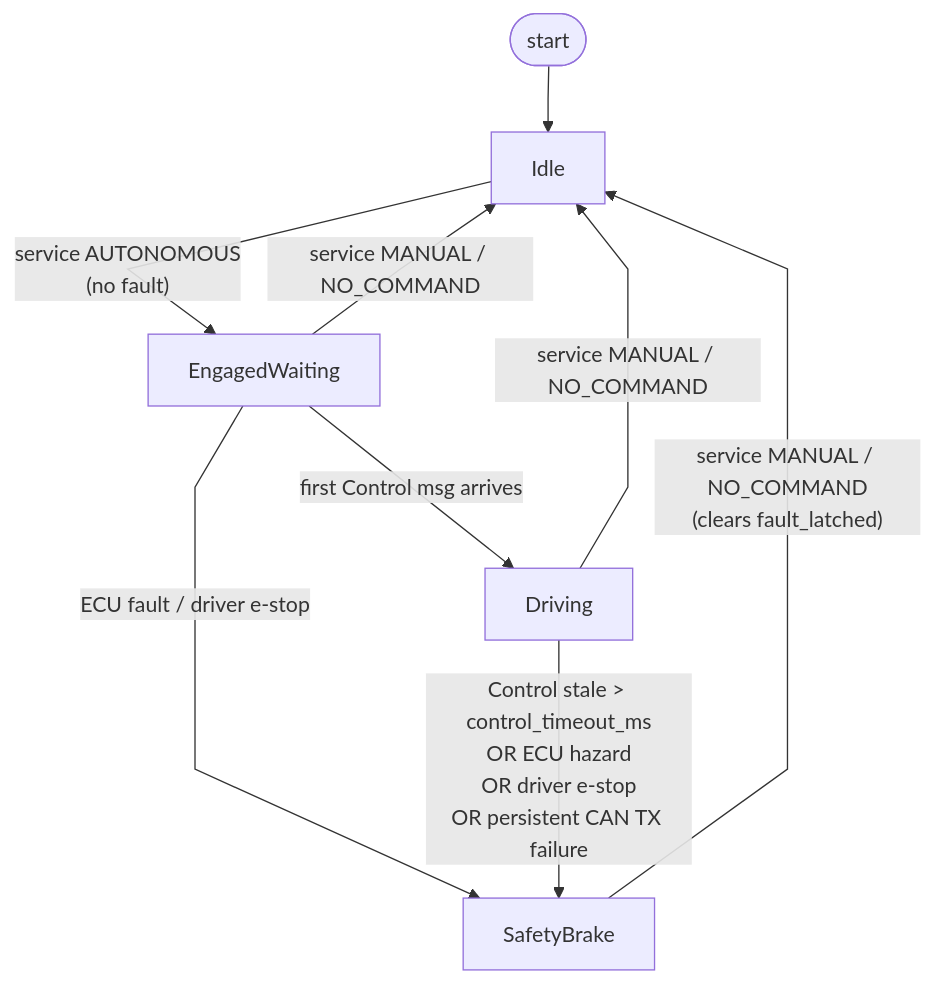
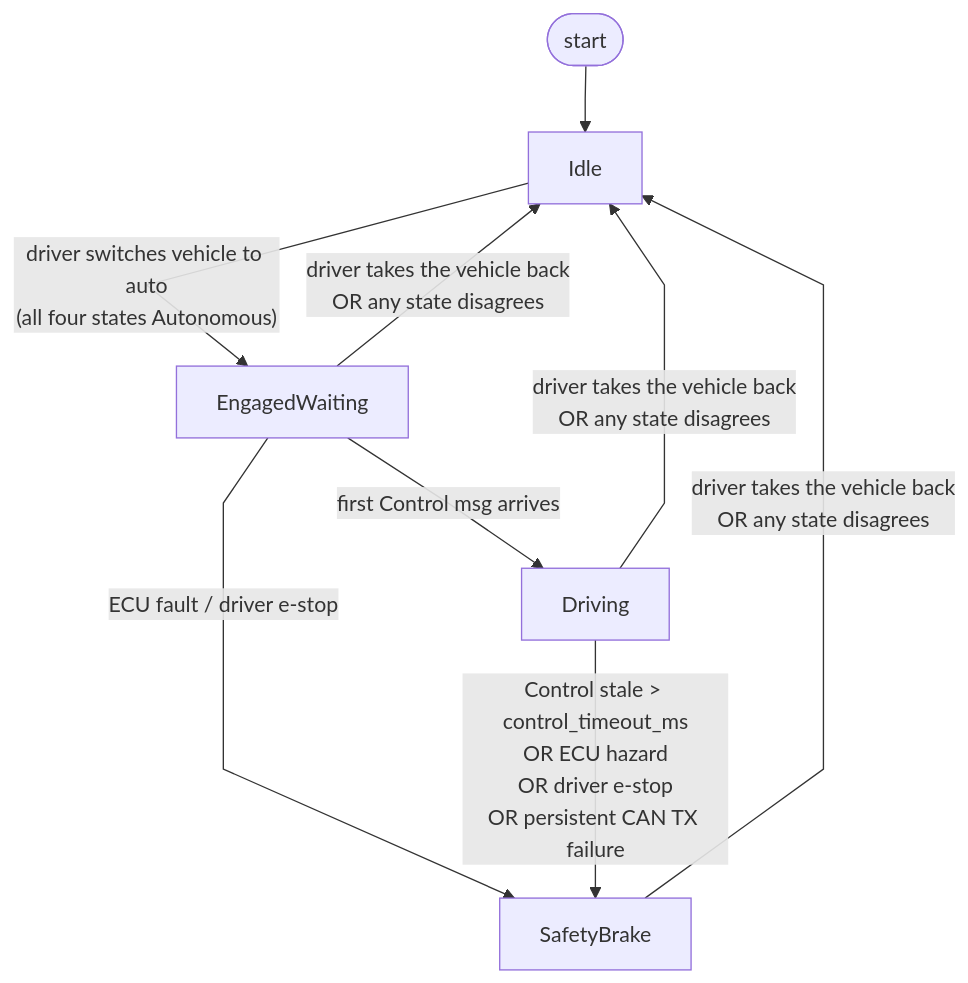
The diagram in golfcart_vehicle_interface/README.md (NEWSLabNTU/golfcart_vehicle_launch), drawn with Mermaid before and after one commit. The commit also changed other lines of this file and 6 other files, not shown here.

````diff
--- a/golfcart_vehicle_interface/README.md
+++ b/golfcart_vehicle_interface/README.md
@@ -36,12 +61,12 @@
 ```mermaid
 %%{init: {'flowchart': {'curve': 'linear'}}}%%
 flowchart TD
     Start([ start ]) --> Idle
-    Idle -->|"service AUTONOMOUS<br/>(no fault)"| EngagedWaiting
+    Idle -->|"driver switches vehicle to auto<br/>(all four states Autonomous)"| EngagedWaiting
     EngagedWaiting -->|"first Control msg arrives"| Driving
-    EngagedWaiting -->|"service MANUAL / NO_COMMAND"| Idle
+    EngagedWaiting -->|"driver takes the vehicle back<br/>OR any state disagrees"| Idle
     EngagedWaiting -->|"ECU fault / driver e-stop"| SafetyBrake
     Driving -->|"Control stale > control_timeout_ms<br/>OR ECU hazard<br/>OR driver e-stop<br/>OR persistent CAN TX failure"| SafetyBrake
-    Driving -->|"service MANUAL / NO_COMMAND"| Idle
-    SafetyBrake -->|"service MANUAL / NO_COMMAND<br/>(clears fault_latched)"| Idle
+    Driving -->|"driver takes the vehicle back<br/>OR any state disagrees"| Idle
+    SafetyBrake -->|"driver takes the vehicle back<br/>OR any state disagrees"| Idle
 ```
````
